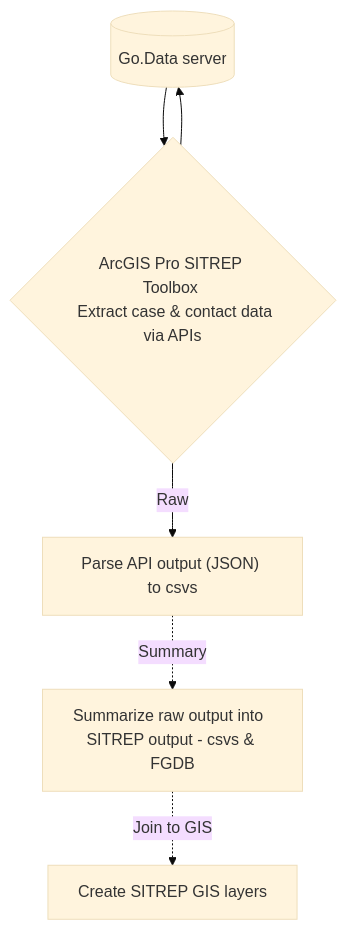
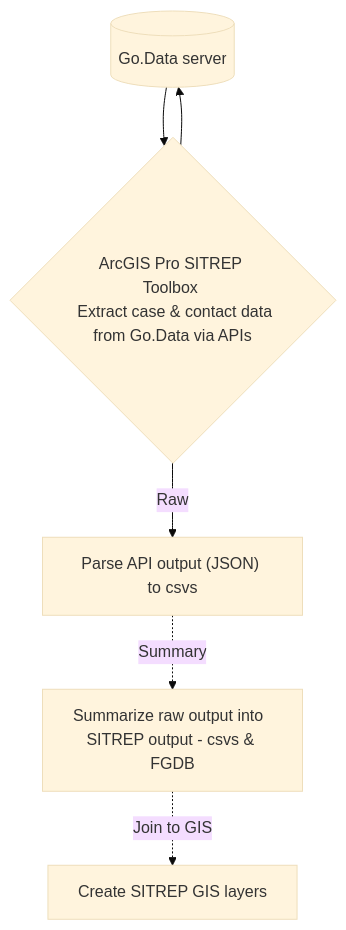
The diagram in README.md (LangsterGA/mermaid), drawn with Mermaid (base theme) before and after one commit.

````diff
--- a/README.md
+++ b/README.md
@@ -3,8 +3,8 @@
 ```mermaid
   graph TD
-    A[(Go.Data server)]--> B{ArcGIS Pro SITREP Toolbox <br/> Extract case & contact data<br/>via APIs};
+    A[(Go.Data server)]--> B{ArcGIS Pro SITREP Toolbox <br/> Extract case & contact data<br/>from Go.Data via APIs};
     B-->A
     B -->|Raw| C["Parse API output (JSON) to csvs"];
     C-.->|Summary| D[Summarize raw output into  <br/>SITREP output - csvs & FGDB]; 
     D-.->|Join to GIS| E[Create SITREP GIS layers];
  ```
````
